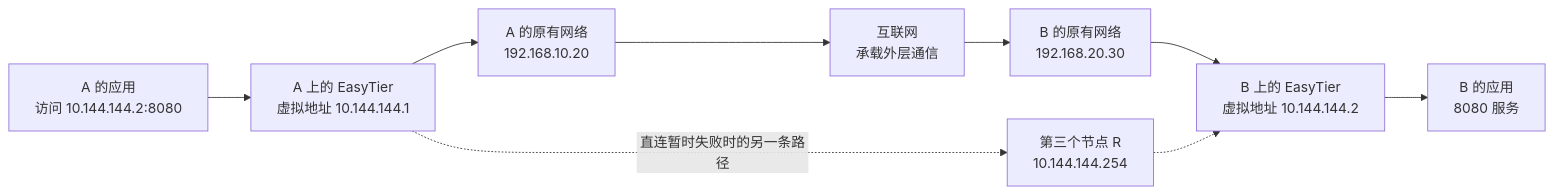
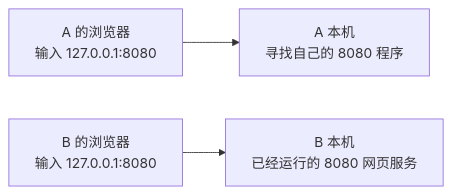
The diagram in apps/website/chapters/01-why.md (sonofmagic/easytier-docs), drawn with Mermaid before and after one commit. The commit also changed other lines of this file and 59 other files, not shown here.

Commit message:
docs: rebuild EasyTier course for network beginners

````diff
--- a/apps/website/chapters/01-why.md
+++ b/apps/website/chapters/01-why.md
@@ -36,11 +36,5 @@
 ```mermaid
 flowchart LR
-    AP["A 的应用<br/>访问 10.144.144.2:8080"] --> EA["A 上的 EasyTier<br/>虚拟地址 10.144.144.1"]
-    EA --> UA["A 的原有网络<br/>192.168.10.20"]
-    UA --> NET["互联网<br/>承载外层通信"]
-    NET --> UB["B 的原有网络<br/>192.168.20.30"]
-    UB --> EB["B 上的 EasyTier<br/>虚拟地址 10.144.144.2"]
-    EB --> BP["B 的应用<br/>8080 服务"]
-    EA -. "直连暂时失败时的另一条路径" .-> R["第三个节点 R<br/>10.144.144.254"]
-    R -.-> EB
+  AB["A 的浏览器<br/>输入 127.0.0.1:8080"] --> AS["A 本机<br/>寻找自己的 8080 程序"]
+  BB["B 的浏览器<br/>输入 127.0.0.1:8080"] --> BS["B 本机<br/>已经运行的 8080 网页服务"]
 ```
````
